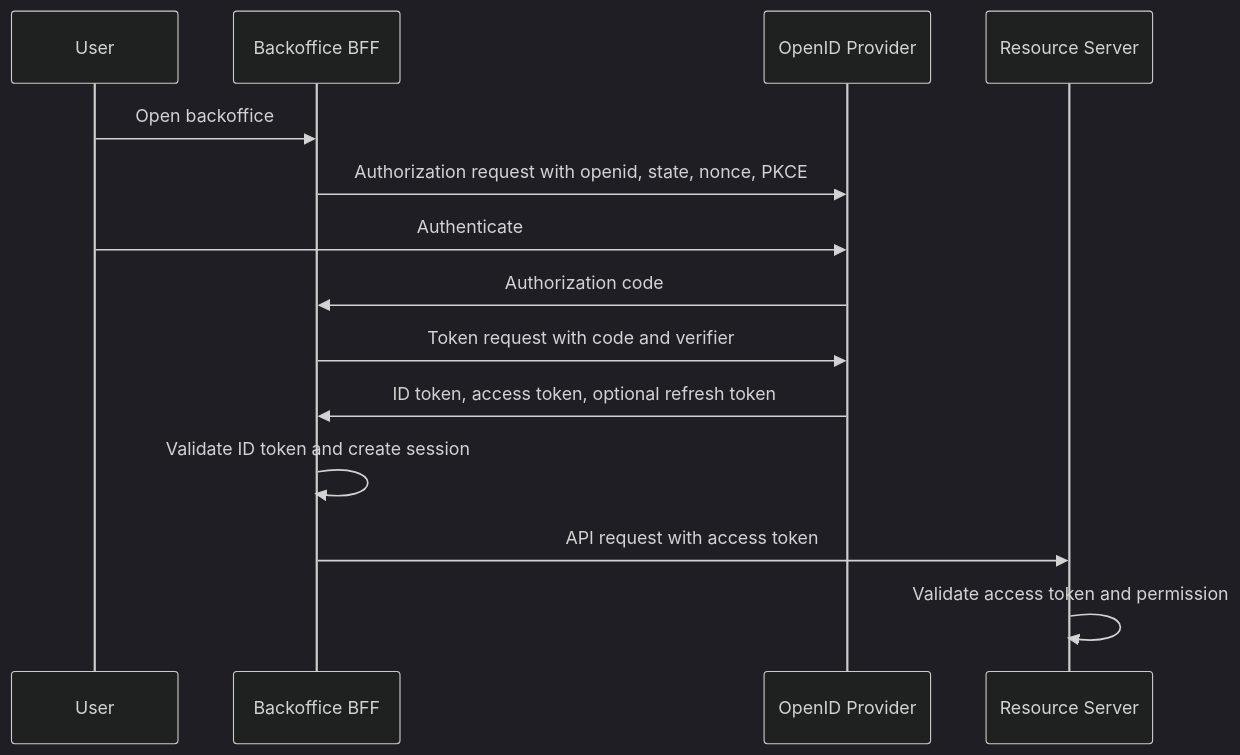
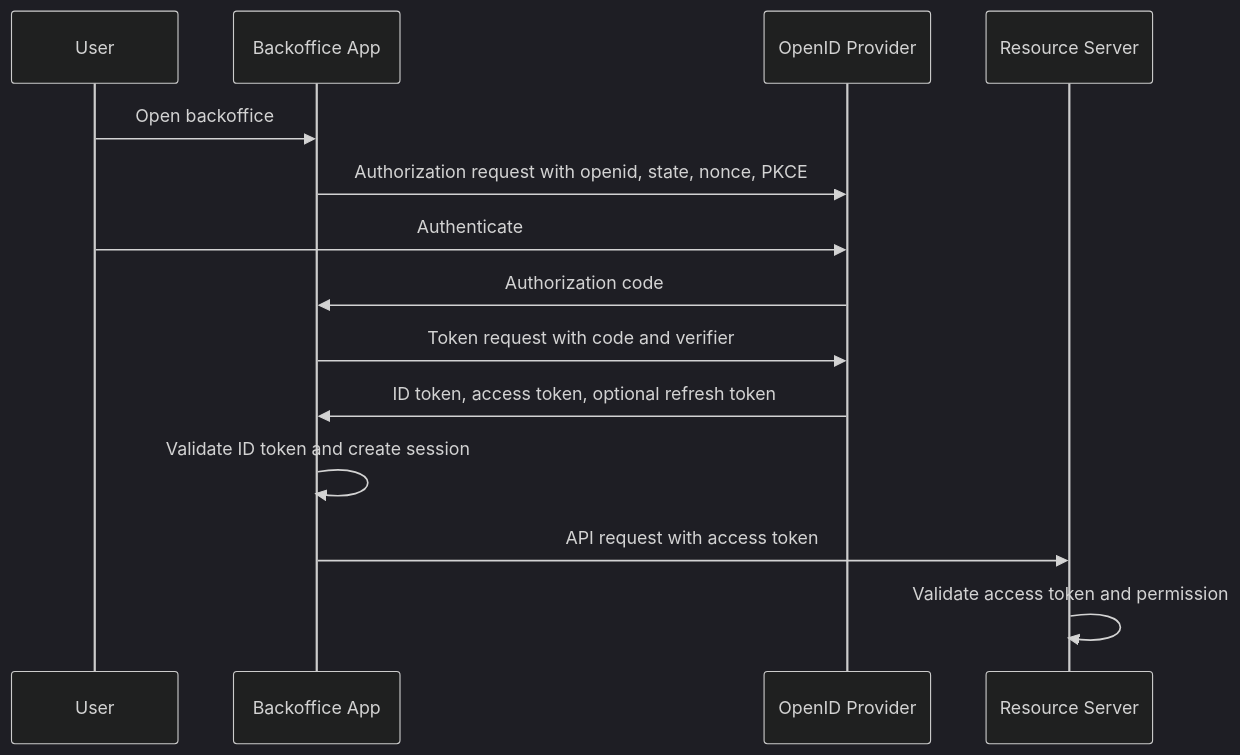
One commit to panaC/edrlab-backoffice-auth-study changed the third of 5 diagrams in docs/wiki/06-oauth2-flows.md. Above: the diagram before and after it, drawn with Mermaid (dark theme). The commit also changed other lines of this file and 29 other files, not shown here.

````diff
--- a/docs/wiki/06-oauth2-flows.md
+++ b/docs/wiki/06-oauth2-flows.md
@@ -141,17 +141,17 @@
 ```mermaid
 sequenceDiagram
     participant User
-    participant BFF as Backoffice BFF
+    participant App as Backoffice App
     participant OP as OpenID Provider
     participant API as Resource Server
 
-    User->>BFF: Open backoffice
-    BFF->>OP: Authorization request with openid, state, nonce, PKCE
+    User->>App: Open backoffice
+    App->>OP: Authorization request with openid, state, nonce, PKCE
     User->>OP: Authenticate
-    OP->>BFF: Authorization code
-    BFF->>OP: Token request with code and verifier
-    OP->>BFF: ID token, access token, optional refresh token
-    BFF->>BFF: Validate ID token and create session
-    BFF->>API: API request with access token
+    OP->>App: Authorization code
+    App->>OP: Token request with code and verifier
+    OP->>App: ID token, access token, optional refresh token
+    App->>App: Validate ID token and create session
+    App->>API: API request with access token
     API->>API: Validate access token and permission
 ```
````
